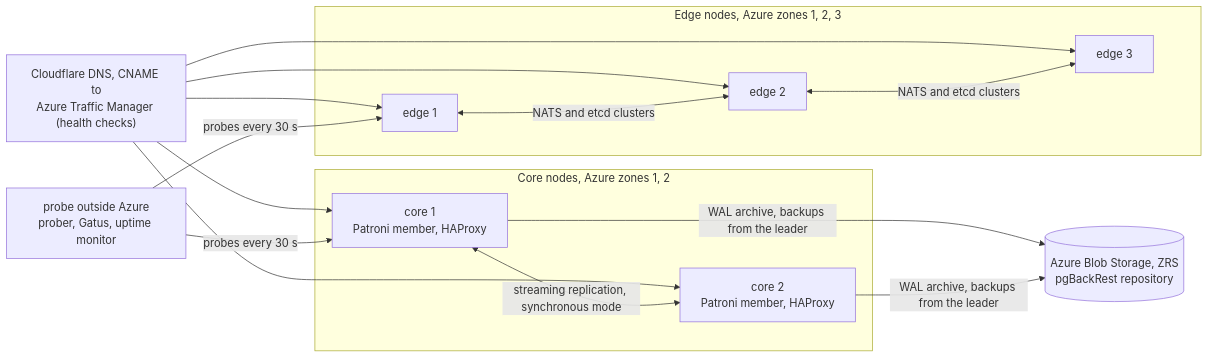
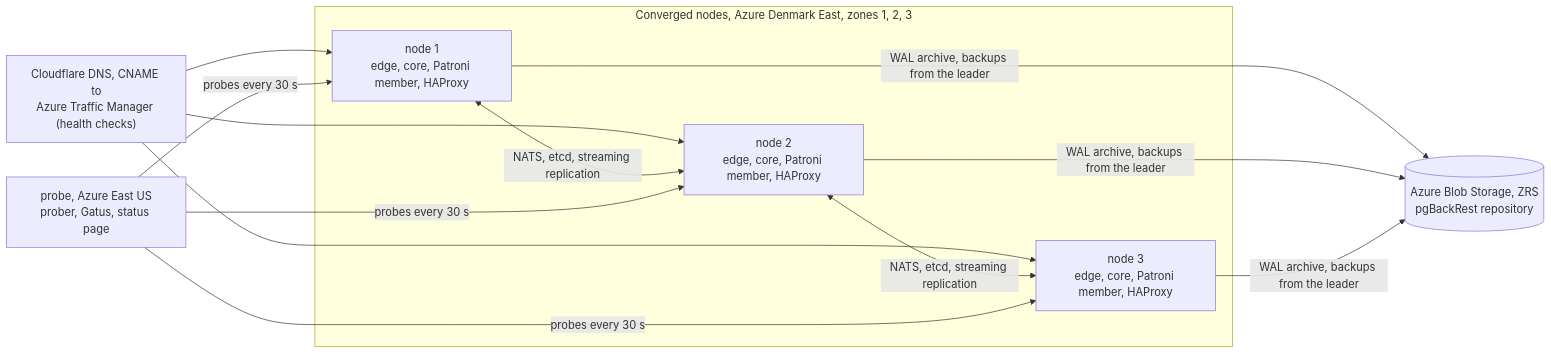
The fifth of 5 diagrams in docs/architecture.md (justmert/veristar), drawn with Mermaid before and after one commit. The commit also changed other lines of this file and 14 other files, not shown here.

Commit message:
describe the three converged nodes and the east us probe host in the runbooks and deploy docs

````diff
--- a/docs/architecture.md
+++ b/docs/architecture.md
@@ -256,22 +256,16 @@
 ```mermaid
 flowchart LR
   dns["Cloudflare DNS, CNAME to<br/>Azure Traffic Manager (health checks)"]
-  subgraph e["Edge nodes, Azure zones 1, 2, 3"]
-    e1["edge 1"]
-    e2["edge 2"]
-    e3["edge 3"]
-  end
-  subgraph c["Core nodes, Azure zones 1, 2"]
-    c1["core 1<br/>Patroni member, HAProxy"]
-    c2["core 2<br/>Patroni member, HAProxy"]
+  subgraph n["Converged nodes, Azure Denmark East, zones 1, 2, 3"]
+    n1["node 1<br/>edge, core, Patroni member, HAProxy"]
+    n2["node 2<br/>edge, core, Patroni member, HAProxy"]
+    n3["node 3<br/>edge, core, Patroni member, HAProxy"]
   end
   s3[("Azure Blob Storage, ZRS<br/>pgBackRest repository")]
-  p["probe outside Azure<br/>prober, Gatus, uptime monitor"]
-  dns --> e1 & e2 & e3
-  dns --> c1 & c2
-  e1 <-- "NATS and etcd clusters" --> e2
-  e2 <-- "NATS and etcd clusters" --> e3
-  c1 <-- "streaming replication, synchronous mode" --> c2
-  c1 & c2 -- "WAL archive, backups from the leader" --> s3
-  p -- "probes every 30 s" --> e1 & c1
+  p["probe, Azure East US<br/>prober, Gatus, status page"]
+  dns --> n1 & n2 & n3
+  n1 <-- "NATS, etcd, streaming replication" --> n2
+  n2 <-- "NATS, etcd, streaming replication" --> n3
+  n1 & n2 & n3 -- "WAL archive, backups from the leader" --> s3
+  p -- "probes every 30 s" --> n1 & n2 & n3
 ```
````
